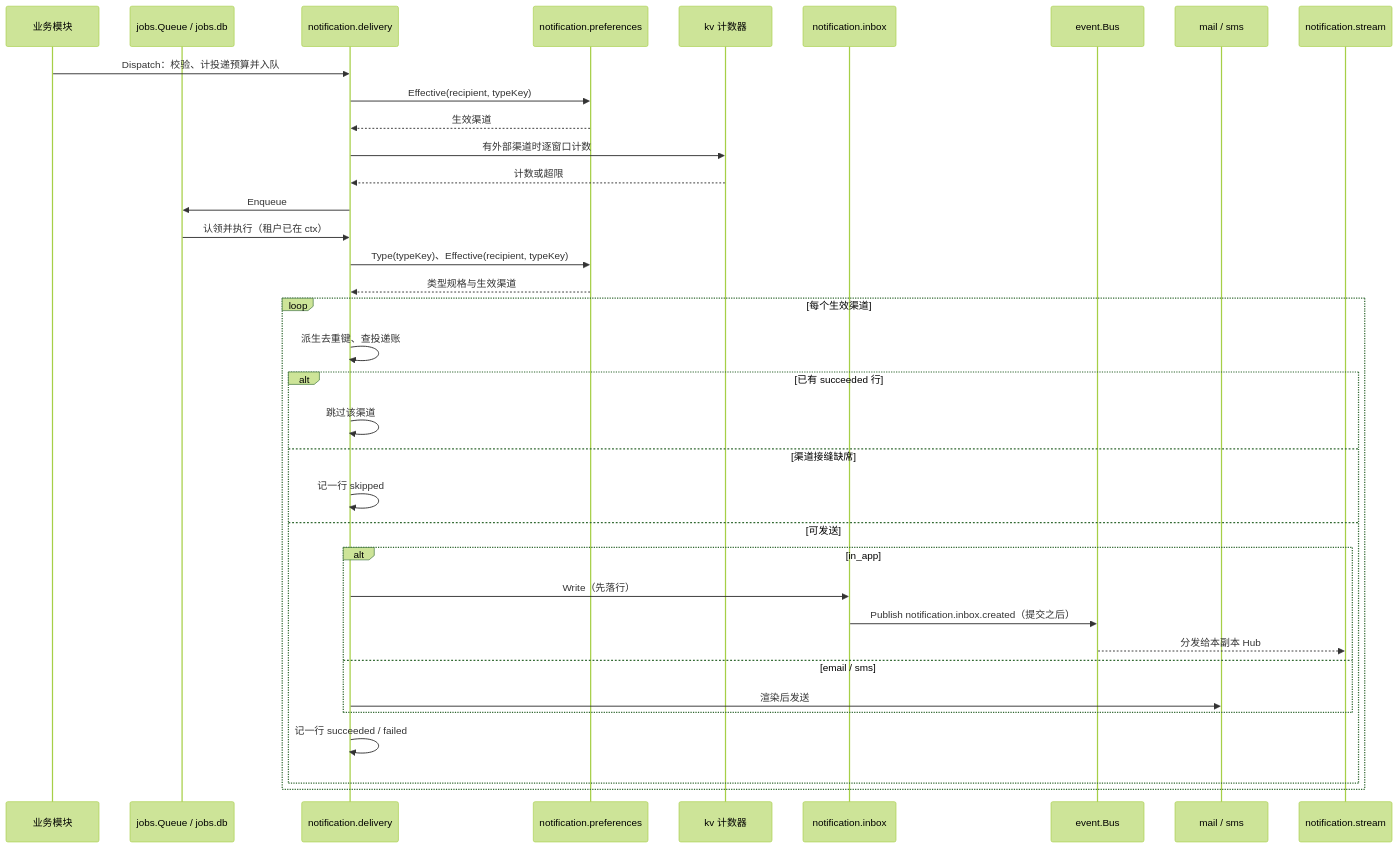
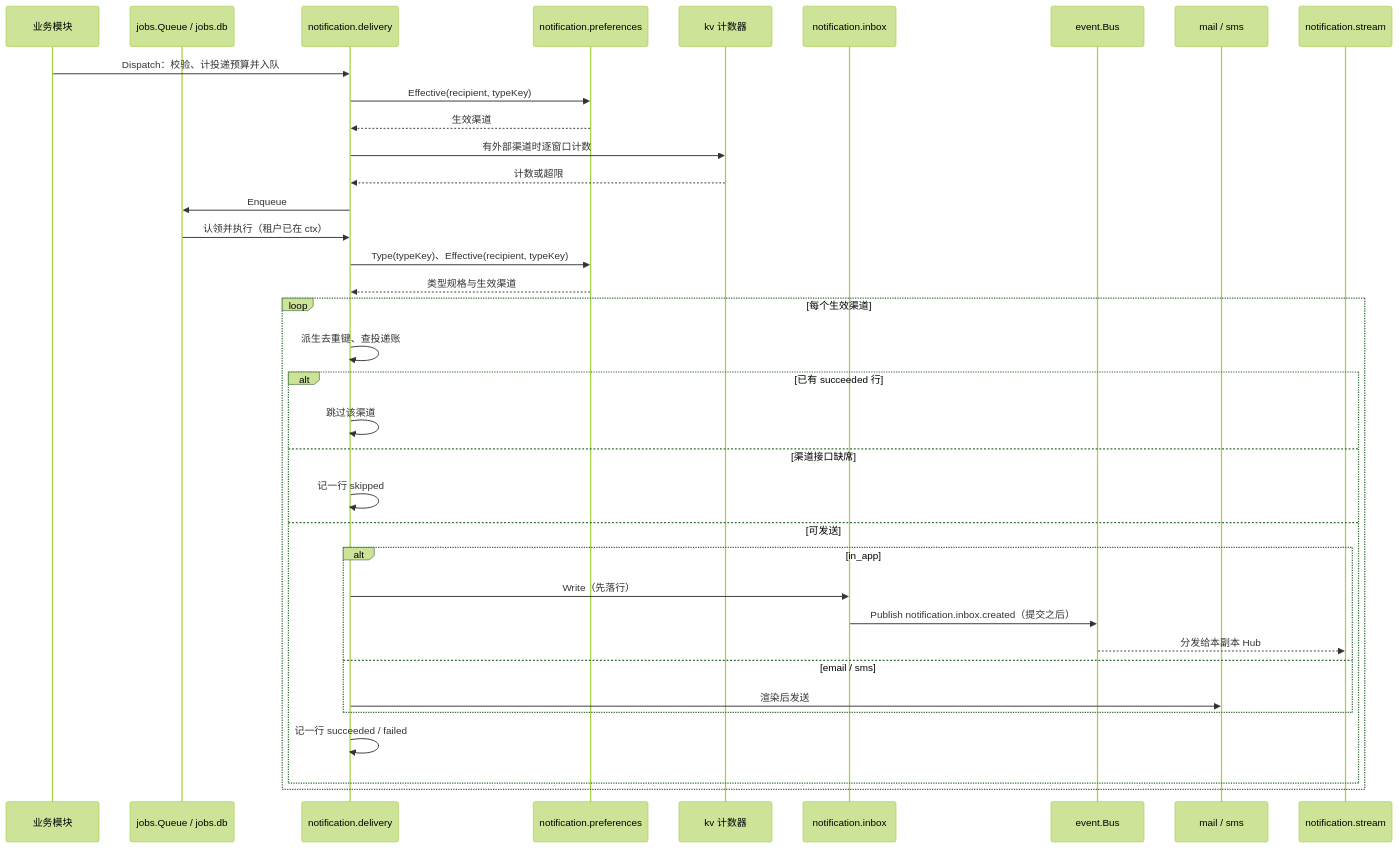
The second of 2 diagrams in docs/design/modules/notification/design-notification.md (wangzw/speed), drawn with Mermaid (forest theme) before and after one commit. The commit also changed other lines of this file and 328 other files, not shown here.

````diff
--- a/docs/design/modules/notification/design-notification.md
+++ b/docs/design/modules/notification/design-notification.md
@@ -325,38 +325,38 @@
 ```mermaid
 sequenceDiagram
     participant B as 业务模块
     participant Q as jobs.Queue / jobs.db
     participant D as notification.delivery
     participant P as notification.preferences
     participant K as kv 计数器
     participant I as notification.inbox
     participant Bus as event.Bus
     participant X as mail / sms
     participant S as notification.stream
     B->>D: Dispatch：校验、计投递预算并入队
     D->>P: Effective(recipient, typeKey)
     P-->>D: 生效渠道
     D->>K: 有外部渠道时逐窗口计数
     K-->>D: 计数或超限
     D->>Q: Enqueue
     Q->>D: 认领并执行（租户已在 ctx）
     D->>P: Type(typeKey)、Effective(recipient, typeKey)
     P-->>D: 类型规格与生效渠道
     loop 每个生效渠道
         D->>D: 派生去重键、查投递账
         alt 已有 succeeded 行
             D->>D: 跳过该渠道
-        else 渠道接缝缺席
+        else 渠道接口缺席
             D->>D: 记一行 skipped
         else 可发送
             alt in_app
                 D->>I: Write（先落行）
                 I->>Bus: Publish notification.inbox.created（提交之后）
                 Bus-->>S: 分发给本副本 Hub
             else email / sms
                 D->>X: 渲染后发送
             end
             D->>D: 记一行 succeeded / failed
         end
     end
 ```
````
